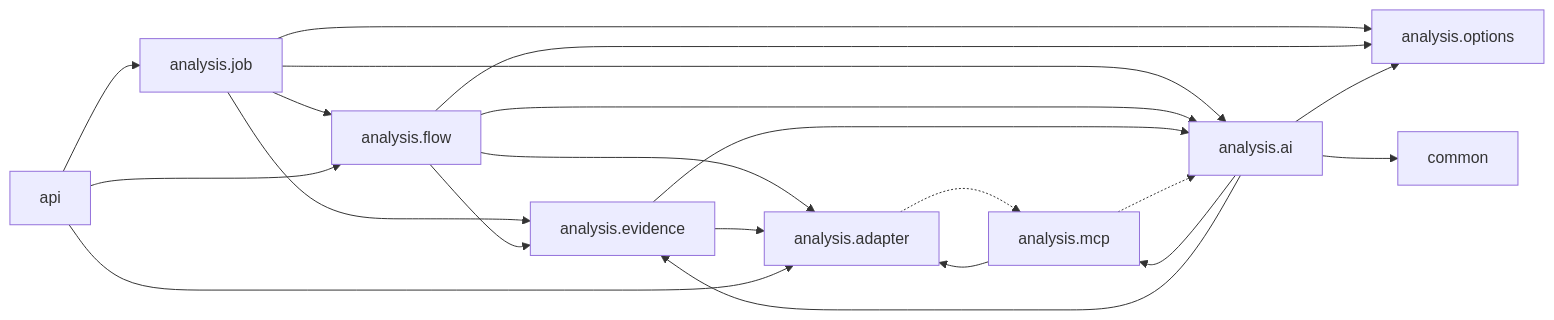
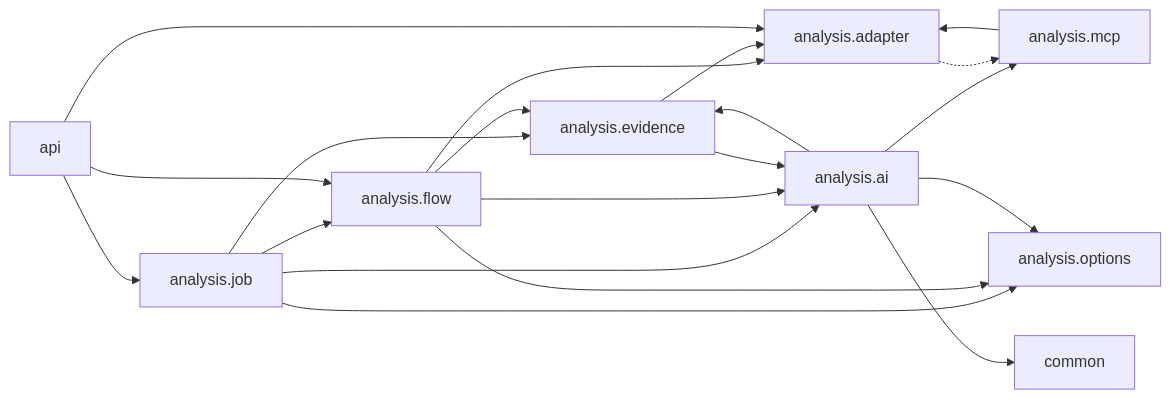
One commit to herald-assistant/incident-tracker changed the second of 2 diagrams in docs/architecture/05-package-dependencies.md. Above: the diagram before and after it, drawn with Mermaid. The commit also changed other lines of this file and 9 other files, not shown here.

````diff
--- a/docs/architecture/05-package-dependencies.md
+++ b/docs/architecture/05-package-dependencies.md
@@ -125,29 +125,28 @@
 ```mermaid
 flowchart LR
     JOB["analysis.job"] --> FLOW["analysis.flow"]
     JOB --> AI["analysis.ai"]
     JOB --> EVIDENCE["analysis.evidence"]
     JOB --> OPTIONS["analysis.options"]
 
     FLOW --> EVIDENCE
     FLOW --> AI
     FLOW --> OPTIONS
     FLOW --> ADAPTER["analysis.adapter"]
 
     EVIDENCE --> ADAPTER
     EVIDENCE --> AI
 
     AI --> MCP["analysis.mcp"]
     AI --> EVIDENCE
     AI --> OPTIONS
     AI --> COMMON["common"]
 
     MCP --> ADAPTER
-    MCP -.-> AI
 
     ADAPTER -.-> MCP
 
     API["api"] --> ADAPTER
     API --> FLOW
     API --> JOB
 ```
````
